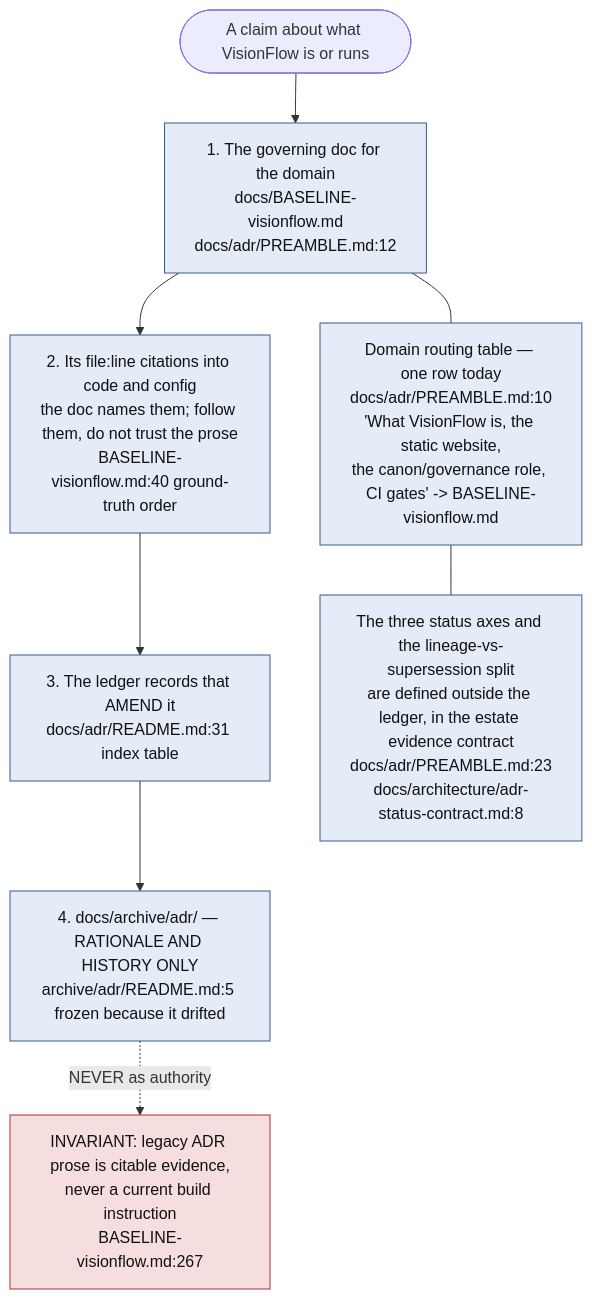
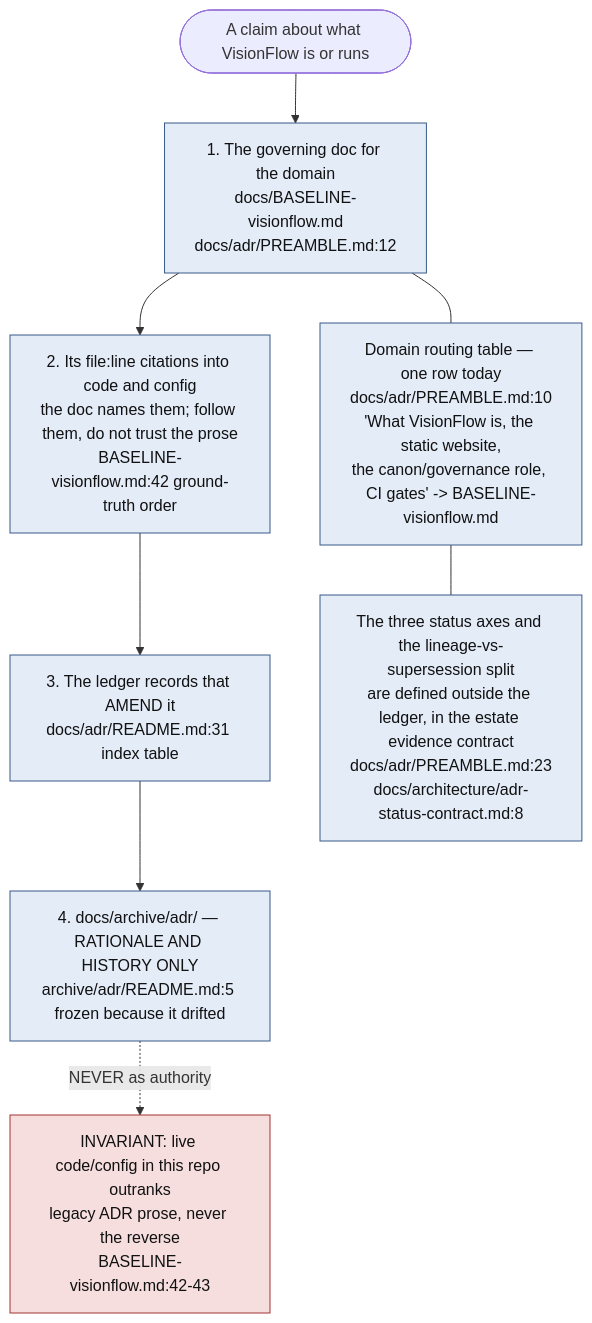
Before and after one commit to DreamLab-AI/VisionFlow: the second of 11 diagrams in docs/diagrams/visionflow/01-repo-composition-and-canon.md, drawn with Mermaid. The commit also changed other lines of this file and 136 other files, not shown here.

First line of the commit message:
docs(diagrams): refresh the whole corpus to code HEAD and prune low-value diagrams

````diff
--- a/docs/diagrams/visionflow/01-repo-composition-and-canon.md
+++ b/docs/diagrams/visionflow/01-repo-composition-and-canon.md
@@ -132,17 +112,17 @@
 ```mermaid
 flowchart TB
     classDef step fill:#e4ecf8,stroke:#3a5a8a,color:#111
     classDef deny fill:#f7dede,stroke:#a33333,color:#111
 
     Q(["A claim about what VisionFlow is or runs"])
     Q --> S1["1. The governing doc for the domain<br/>docs/BASELINE-visionflow.md<br/>docs/adr/PREAMBLE.md:12"]:::step
-    S1 --> S2["2. Its file:line citations into code and config<br/>the doc names them; follow them, do not trust the prose<br/>BASELINE-visionflow.md:40 ground-truth order"]:::step
+    S1 --> S2["2. Its file:line citations into code and config<br/>the doc names them; follow them, do not trust the prose<br/>BASELINE-visionflow.md:42 ground-truth order"]:::step
     S2 --> S3["3. The ledger records that AMEND it<br/>docs/adr/README.md:31 index table"]:::step
     S3 --> S4["4. docs/archive/adr/ — RATIONALE AND HISTORY ONLY<br/>archive/adr/README.md:5 frozen because it drifted"]:::step
-    S4 -.->|"NEVER as authority"| DENY["INVARIANT: legacy ADR prose is citable evidence,<br/>never a current build instruction<br/>BASELINE-visionflow.md:267"]:::deny
+    S4 -.->|"NEVER as authority"| DENY["INVARIANT: live code/config in this repo outranks<br/>legacy ADR prose, never the reverse<br/>BASELINE-visionflow.md:42-43"]:::deny
 
     ROUTE["Domain routing table — one row today<br/>docs/adr/PREAMBLE.md:10<br/>'What VisionFlow is, the static website,<br/>the canon/governance role, CI gates' -> BASELINE-visionflow.md"]:::step
     S1 --- ROUTE
     AXES["The three status axes and the lineage-vs-supersession split<br/>are defined outside the ledger, in the estate evidence contract<br/>docs/adr/PREAMBLE.md:23<br/>docs/architecture/adr-status-contract.md:8"]:::step
     ROUTE --- AXES
 ```
````
